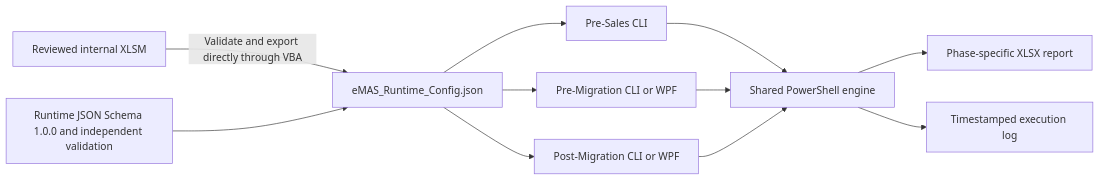
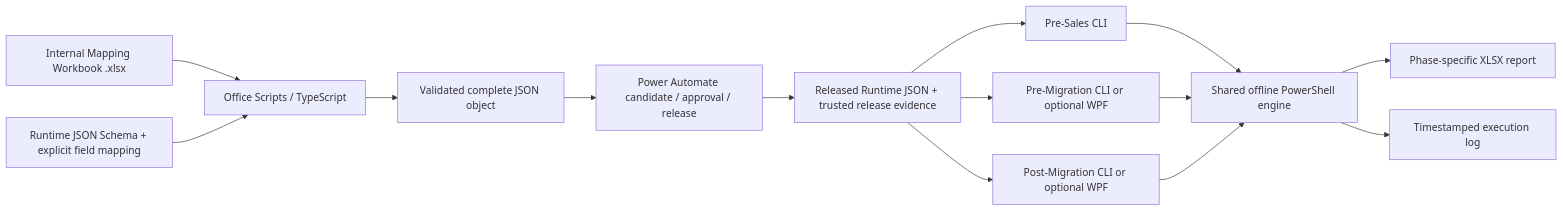
One commit to MightyM-ouse/eMAS changed the diagram in README.md. Above: the diagram before and after it, drawn with Mermaid. The commit also changed other lines of this file, not shown here.

Commit message:
docs: align README with September 2026 target architecture

````diff
--- a/README.md
+++ b/README.md
@@ -11,13 +13,16 @@
 ```mermaid
 flowchart LR
-    A[Reviewed internal XLSM] -->|Validate and export directly through VBA| B[eMAS_Runtime_Config.json]
-    S[Runtime JSON Schema 1.0.0 and independent validation] --> B
-    B --> C[Pre-Sales CLI]
-    B --> D[Pre-Migration CLI or WPF]
-    B --> E[Post-Migration CLI or WPF]
-    C --> F[Shared PowerShell engine]
-    D --> F
-    E --> F
-    F --> G[Phase-specific XLSX report]
-    F --> H[Timestamped execution log]
+    A[Internal Mapping Workbook .xlsx] --> B[Office Scripts / TypeScript]
+    S[Runtime JSON Schema + explicit field mapping] --> B
+    B --> C[Validated complete JSON object]
+    C --> D[Power Automate candidate / approval / release]
+    D --> E[Released Runtime JSON + trusted release evidence]
+    E --> F[Pre-Sales CLI]
+    E --> G[Pre-Migration CLI or optional WPF]
+    E --> H[Post-Migration CLI or optional WPF]
+    F --> I[Shared offline PowerShell engine]
+    G --> I
+    H --> I
+    I --> J[Phase-specific XLSX report]
+    I --> K[Timestamped execution log]
 ```
````
